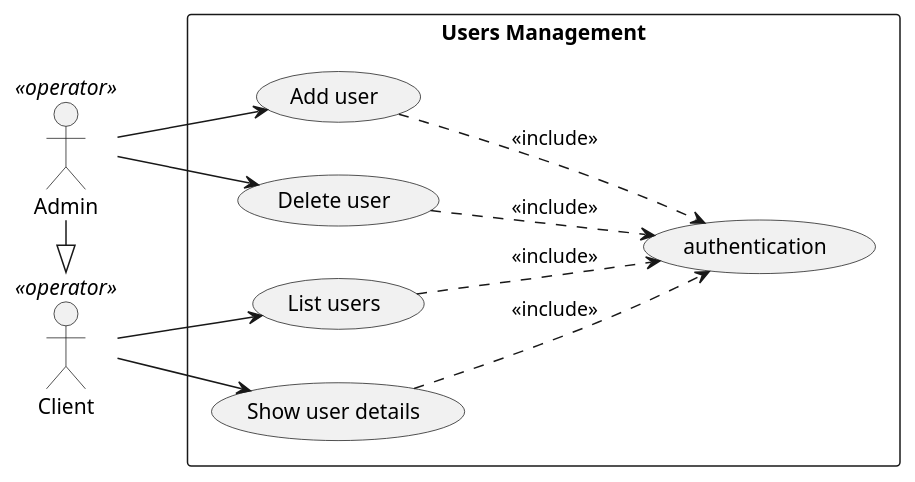
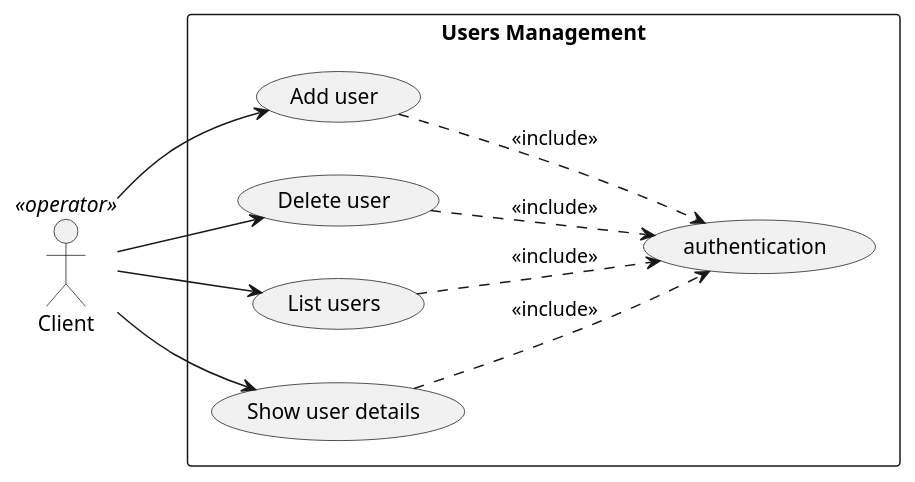
The diagram in diagrams/UseCases/UseCase_UsersManagement.puml (Xwyk/BileMo), drawn with PlantUML before and after one commit. The commit also changed 13 other files, not shown here.

```diff
--- a/diagrams/UseCases/UseCase_UsersManagement.puml
+++ b/diagrams/UseCases/UseCase_UsersManagement.puml
@@ -1,28 +1,25 @@
 @startuml
 
 left to right direction
 
-Client    <<operator>> as user
-Admin    <<operator>> as admin
+Client    <<operator>> as client
 
 rectangle "Users Management" {
   (Add user) as addUser
   (Delete user) as delUser
   (List users) as listUsers
   (Show user details) as showUser
   (authentication) as auth
 }
 
-admin --> addUser
-admin --> delUser
-user --> showUser
-user --> listUsers
+client --> showUser
+client --> listUsers
+client --> addUser
+client --> delUser
 
+showUser ..> auth : <<include>>
+listUsers ..> auth : <<include>>
 addUser ..> auth : <<include>>
 delUser ..> auth : <<include>>
-showUser ..> auth : <<include>>
-listUsers ..> auth : <<include>>
-
-admin -|> user
 
 @enduml
```
